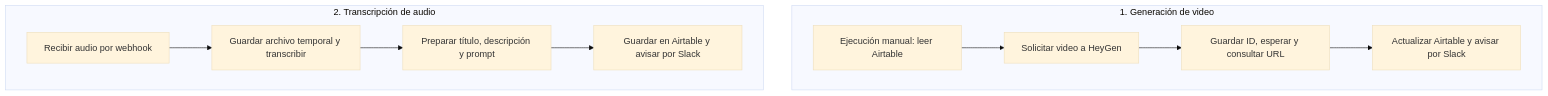
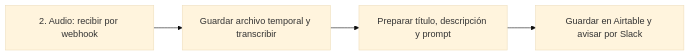
Before and after one commit to rashidzuain/privacidad-proyect-one: the second of 2 diagrams in README.md, drawn with Mermaid (base theme). The commit also changed other lines of this file, not shown here.

Commit message:
docs: mostrar cada flujo a un tamaño legible

````diff
--- a/README.md
+++ b/README.md
@@ -23,15 +30,6 @@
 ```mermaid
-flowchart TB
-    subgraph video["1. Generación de video"]
-        direction LR
-        V1["Ejecución manual: leer Airtable"] --> V2["Solicitar video a HeyGen"]
-        V2 --> V3["Guardar ID, esperar y consultar URL"]
-        V3 --> V4["Actualizar Airtable y avisar por Slack"]
-    end
-    subgraph audio["2. Transcripción de audio"]
-        direction LR
-        A1["Recibir audio por webhook"] --> A2["Guardar archivo temporal y transcribir"]
-        A2 --> A3["Preparar título, descripción y prompt"]
-        A3 --> A4["Guardar en Airtable y avisar por Slack"]
-    end
+flowchart LR
+    A1["2. Audio: recibir por webhook"] --> A2["Guardar archivo temporal y transcribir"]
+    A2 --> A3["Preparar título, descripción y prompt"]
+    A3 --> A4["Guardar en Airtable y avisar por Slack"]
 ```
````
